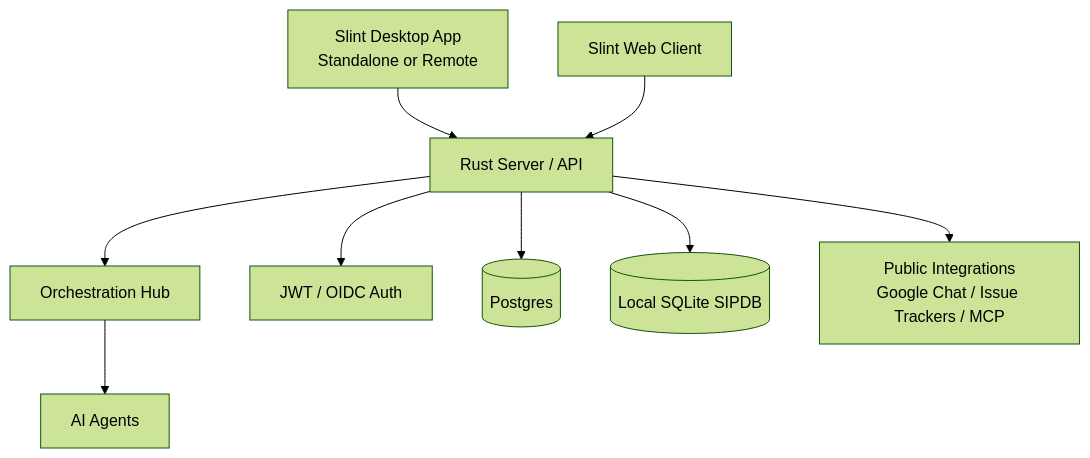
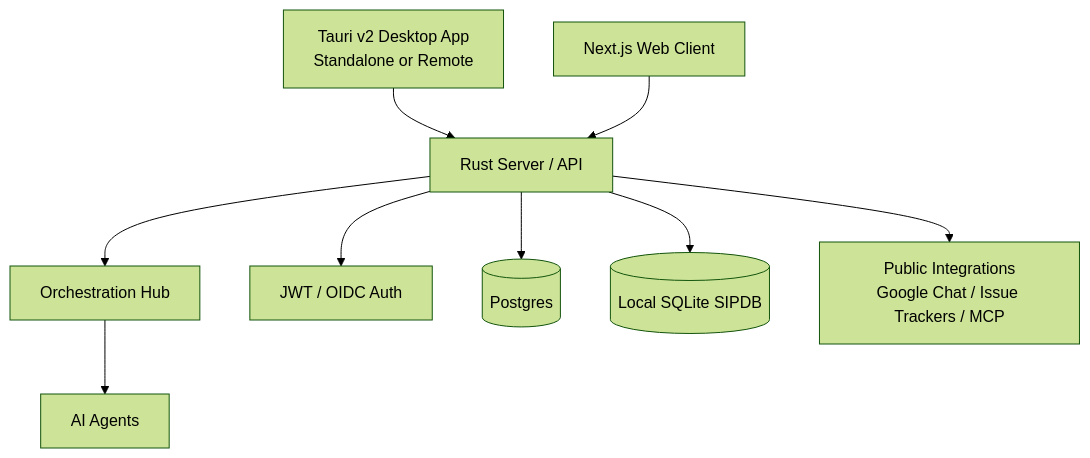
The diagram in README.md (omnisolo-llc/onehumancorp), drawn with Mermaid (forest theme) before and after one commit. The commit also changed other lines of this file and 619 other files, not shown here.

Commit message:
refactor: migrate UI from Slint/Flutter to Next.js/Tauri and deprecate legacy Go orchestration services

````diff
--- a/README.md
+++ b/README.md
@@ -38,11 +40,11 @@
 ```mermaid
 graph TD;
-    DesktopClient[Slint Desktop App\nStandalone or Remote] --> API[Rust Server / API];
-    WebClient[Slint Web Client] --> API;
+    DesktopClient[Tauri v2 Desktop App\nStandalone or Remote] --> API[Rust Server / API];
+    WebClient[Next.js Web Client] --> API;
     API --> Orchestration[Orchestration Hub];
     API --> Auth[JWT / OIDC Auth];
     Orchestration --> Agents[AI Agents];
     API --> Postgres[(Postgres)];
     API --> SQLite[(Local SQLite SIPDB)];
     API --> Integrations[Public Integrations\nGoogle Chat / Issue Trackers / MCP];
 ```
````
